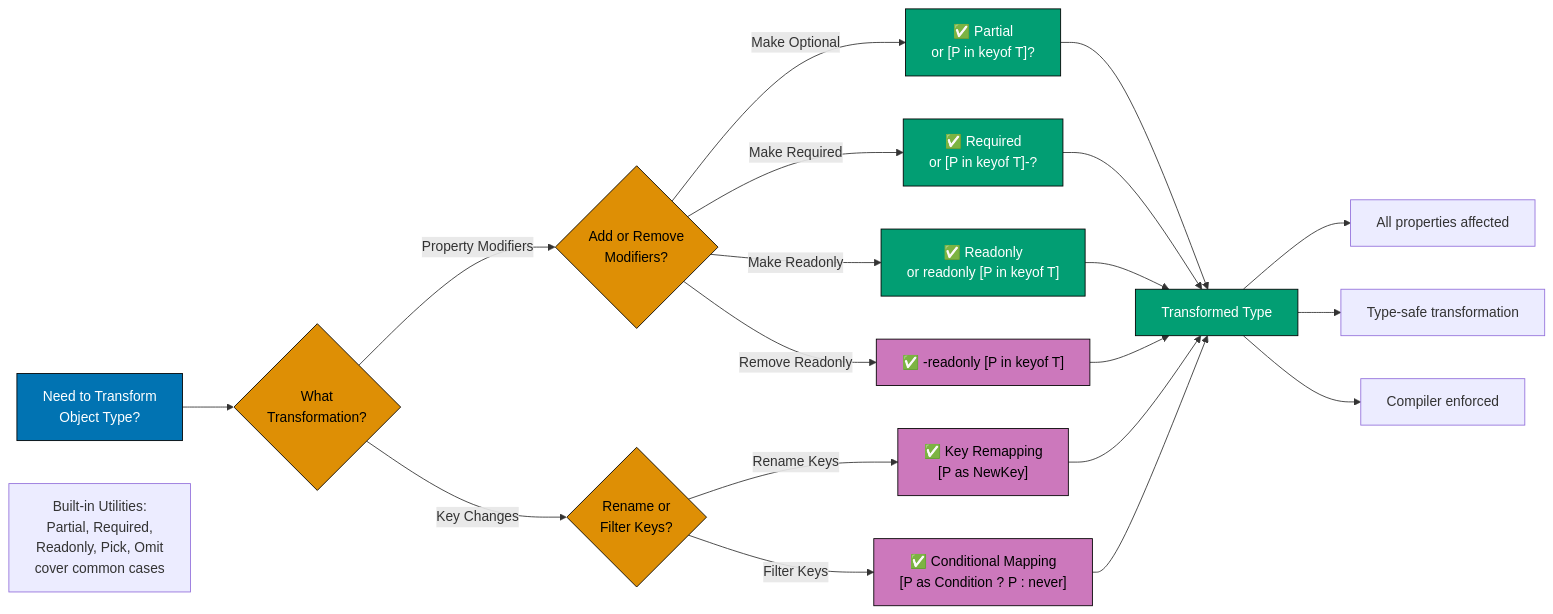
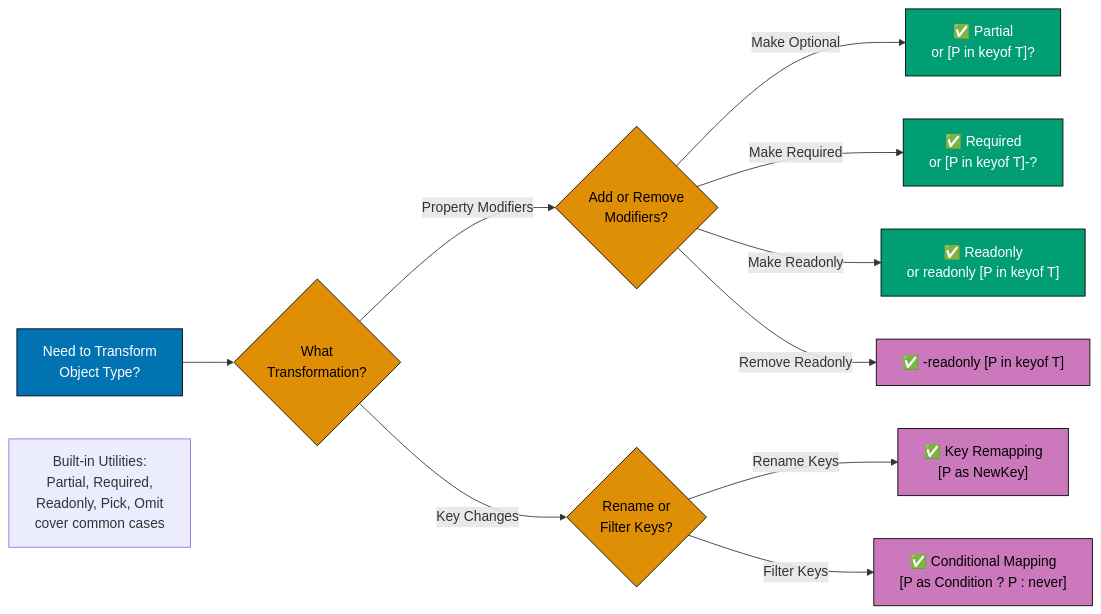
Before and after one commit to wahidyankf/baseerah: the sixth of 9 diagrams in docs/explanation/software-engineering/programming-languages/typescript/idioms.md, drawn with Mermaid. The commit also changed other lines of this file and 20 other files, not shown here.

First line of the commit message:
fix(docs): remediate mermaid violations surfaced by the detect_kind fix

````diff
--- a/docs/explanation/software-engineering/programming-languages/typescript/idioms.md
+++ b/docs/explanation/software-engineering/programming-languages/typescript/idioms.md
@@ -833,36 +841,25 @@
 ```mermaid
 %% Color Palette: Blue #0173B2, Orange #DE8F05, Teal #029E73, Purple #CC78BC
 %% All colors are color-blind friendly and meet WCAG AA contrast standards
 
 graph LR
     A["Need to Transform<br/>Object Type?"]:::blue --> B{"What<br/>Transformation?"}:::orange
 
     B -->|"Property Modifiers"| C{"Add or Remove<br/>Modifiers?"}:::orange
     B -->|"Key Changes"| D{"Rename or<br/>Filter Keys?"}:::orange
 
     C -->|"Make Optional"| E["✅ Partial<T><br/>or [P in keyof T]?"]:::teal
     C -->|"Make Required"| F["✅ Required<T><br/>or [P in keyof T]-?"]:::teal
     C -->|"Make Readonly"| G["✅ Readonly<T><br/>or readonly [P in keyof T]"]:::teal
     C -->|"Remove Readonly"| H["✅ -readonly [P in keyof T]"]:::purple
 
     D -->|"Rename Keys"| I["✅ Key Remapping<br/>[P as NewKey]"]:::purple
     D -->|"Filter Keys"| J["✅ Conditional Mapping<br/>[P as Condition ? P : never]"]:::purple
 
-    E --> K["Transformed Type"]:::teal
-    F --> K
-    G --> K
-    H --> K
-    I --> K
-    J --> K
-
-    K --> K1["All properties affected"]
-    K --> K2["Type-safe transformation"]
-    K --> K3["Compiler enforced"]
-
     Note["Built-in Utilities:<br/>Partial, Required,<br/>Readonly, Pick, Omit<br/>cover common cases"]
 
     classDef blue fill:#0173B2,stroke:#000,color:#fff
     classDef orange fill:#DE8F05,stroke:#000,color:#000
     classDef teal fill:#029E73,stroke:#000,color:#fff
     classDef purple fill:#CC78BC,stroke:#000,color:#000
 ```
````
